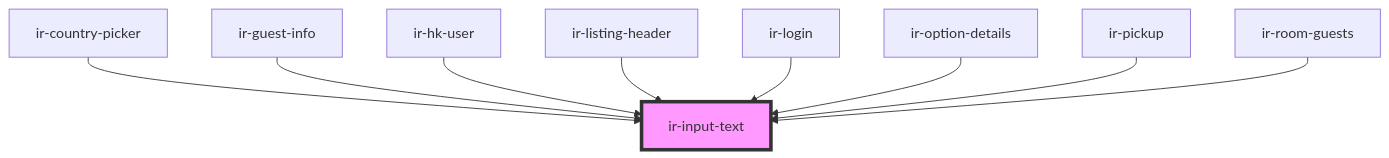
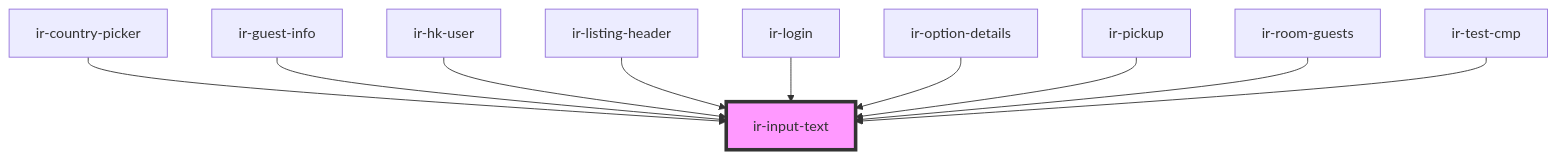
The diagram in src/components/ui/ir-input-text/readme.md (David1Chowaifaty/modified-ir-webcmp), drawn with Mermaid before and after one commit. The commit also changed other lines of this file and 29 other files, not shown here.

````diff
--- a/src/components/ui/ir-input-text/readme.md
+++ b/src/components/ui/ir-input-text/readme.md
@@ -66,12 +67,13 @@
 ```mermaid
 graph TD;
   ir-country-picker --> ir-input-text
   ir-guest-info --> ir-input-text
   ir-hk-user --> ir-input-text
   ir-listing-header --> ir-input-text
   ir-login --> ir-input-text
   ir-option-details --> ir-input-text
   ir-pickup --> ir-input-text
   ir-room-guests --> ir-input-text
+  ir-test-cmp --> ir-input-text
   style ir-input-text fill:#f9f,stroke:#333,stroke-width:4px
 ```
````
